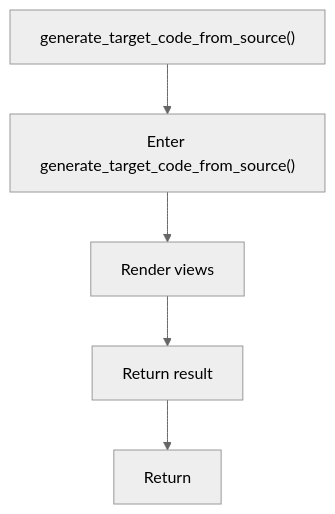
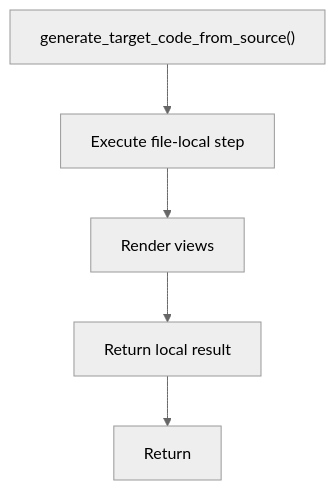
The fifth of 5 diagrams in docs/Codebase/Microservice/Modules/Source/Trees/Shared/code_generator.cpp.md (JohnAndrewBalbarosa/NeoTerritory), drawn with Mermaid (neutral theme) before and after one commit. The commit also changed other lines of this file and 915 other files, not shown here.

````diff
--- a/docs/Codebase/Microservice/Modules/Source/Trees/Shared/code_generator.cpp.md
+++ b/docs/Codebase/Microservice/Modules/Source/Trees/Shared/code_generator.cpp.md
@@ -139,12 +138,12 @@
 ```mermaid
 flowchart TD
     Start["generate_target_code_from_source()"]
-    N0["Enter generate_target_code_from_source()"]
+    N0["Execute file-local step"]
     N1["Render views"]
-    N2["Return result"]
+    N2["Return local result"]
     End["Return"]
     Start --> N0
     N0 --> N1
     N1 --> N2
     N2 --> End
 ```
````
